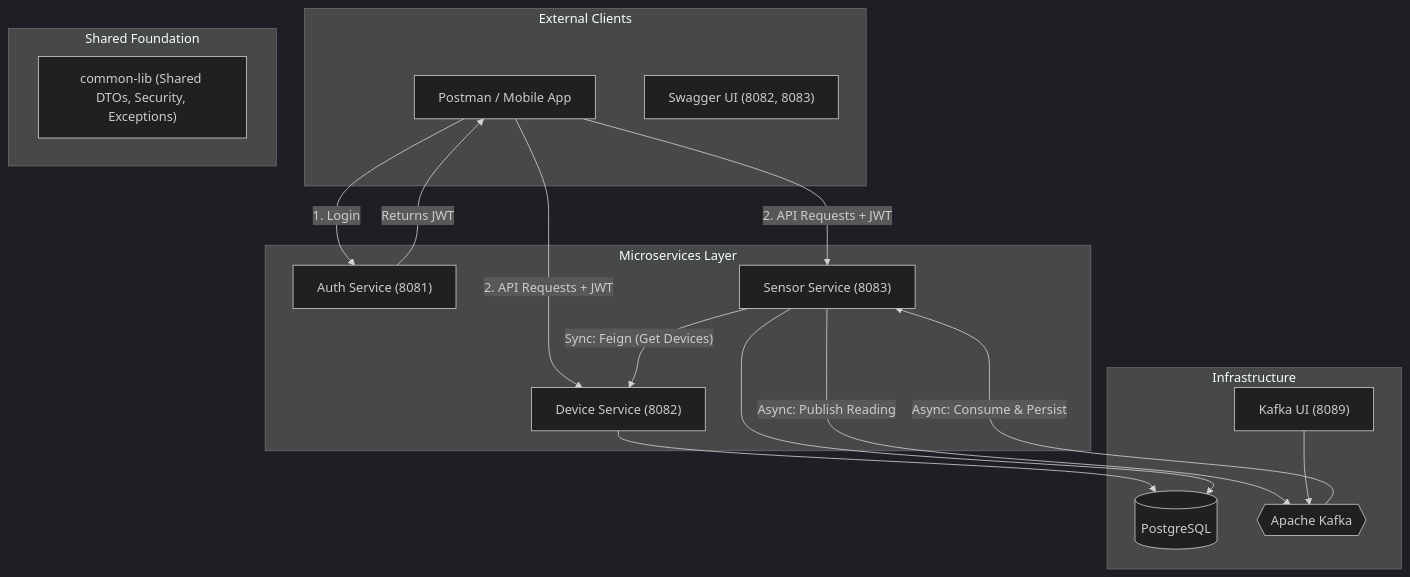
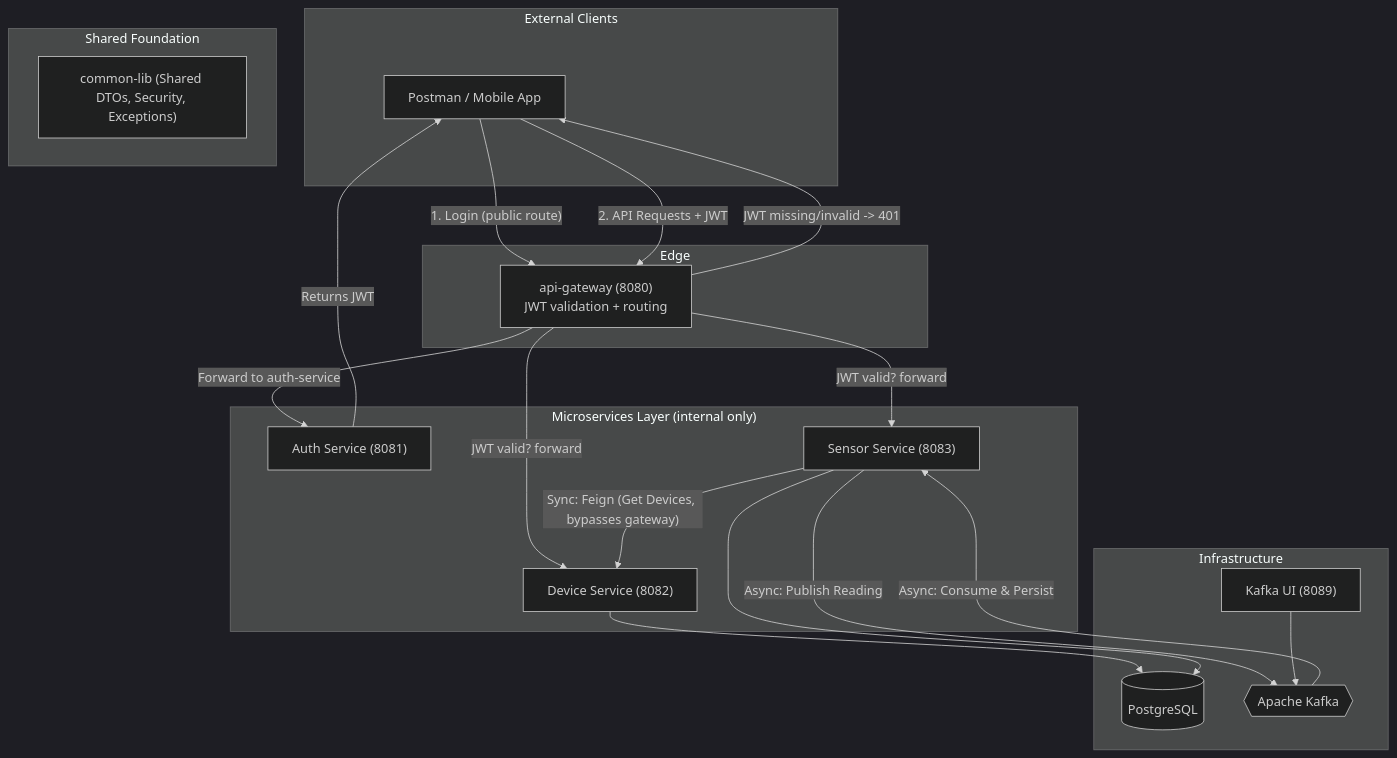
The diagram in sensor-monitoring/ARCHITECTURE_AND_SETUP.md (perlajavadevops-creator/sensor-monitoring-project), drawn with Mermaid (dark theme) before and after one commit. The commit also changed other lines of this file and 29 other files, not shown here.

````diff
--- a/sensor-monitoring/ARCHITECTURE_AND_SETUP.md
+++ b/sensor-monitoring/ARCHITECTURE_AND_SETUP.md
@@ -7,37 +7,43 @@
 ```mermaid
 graph TD
     subgraph "External Clients"
         Postman["Postman / Mobile App"]
-        Swagger["Swagger UI (8082, 8083)"]
     end
 
-    subgraph "Microservices Layer"
+    subgraph "Edge"
+        Gateway["api-gateway (8080)<br/>JWT validation + routing"]
+    end
+
+    subgraph "Microservices Layer (internal only)"
         AuthSvc["Auth Service (8081)"]
         DeviceSvc["Device Service (8082)"]
         SensorSvc["Sensor Service (8083)"]
     end
 
     subgraph "Shared Foundation"
         CommonLib["common-lib (Shared DTOs, Security, Exceptions)"]
     end
 
     subgraph "Infrastructure"
         Postgres[(PostgreSQL)]
         Kafka{{"Apache Kafka"}}
         KafkaUI["Kafka UI (8089)"]
     end
 
     %% Communication Flows
-    Postman -- "1. Login" --> AuthSvc
+    Postman -- "1. Login (public route)" --> Gateway
+    Gateway -- "Forward to auth-service" --> AuthSvc
     AuthSvc -- "Returns JWT" --> Postman
-    Postman -- "2. API Requests + JWT" --> DeviceSvc
-    Postman -- "2. API Requests + JWT" --> SensorSvc
+    Postman -- "2. API Requests + JWT" --> Gateway
+    Gateway -- "JWT valid? forward" --> DeviceSvc
+    Gateway -- "JWT valid? forward" --> SensorSvc
+    Gateway -- "JWT missing/invalid -> 401" --> Postman
 
-    SensorSvc -- "Sync: Feign (Get Devices)" --> DeviceSvc
+    SensorSvc -- "Sync: Feign (Get Devices, bypasses gateway)" --> DeviceSvc
     SensorSvc -- "Async: Publish Reading" --> Kafka
     Kafka -- "Async: Consume & Persist" --> SensorSvc
-    
+
     DeviceSvc --> Postgres
     SensorSvc --> Postgres
     KafkaUI --> Kafka
 ```
````
